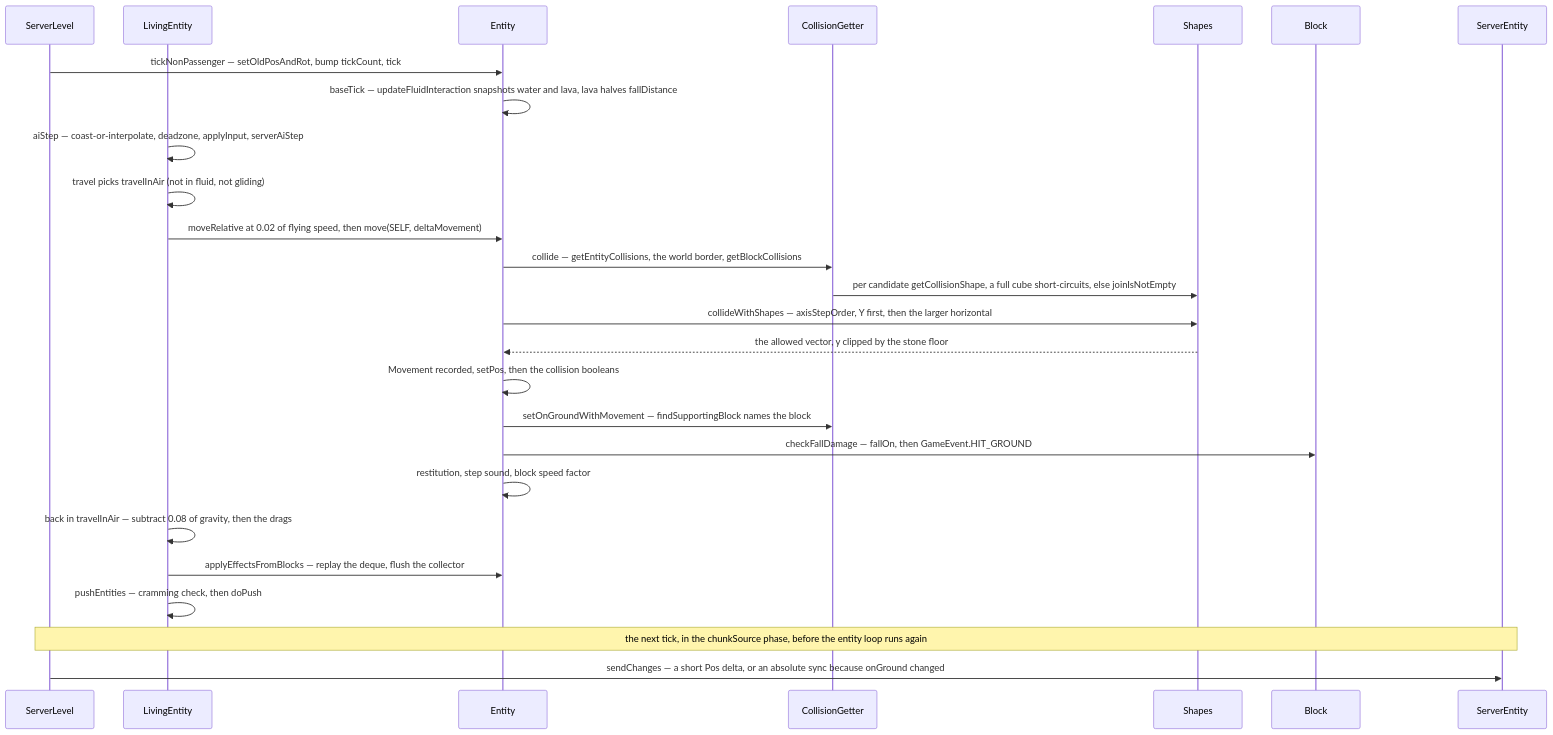
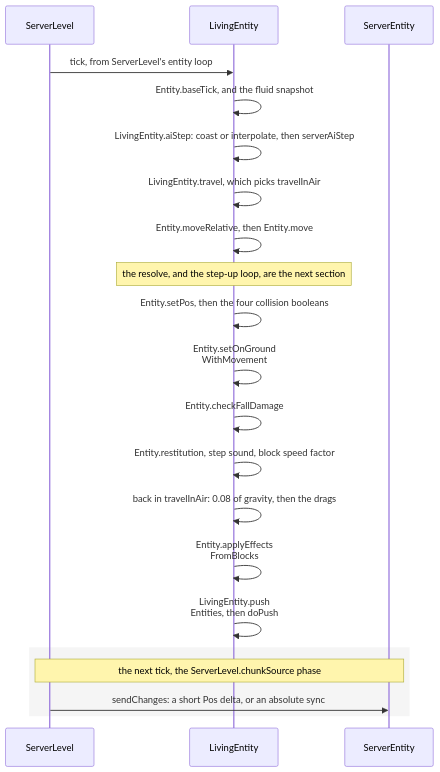
The first of 2 diagrams in src/systems/entities/movement-and-collision.md (AlexanderjFraser/MinecraftDocs), drawn with Mermaid before and after one commit. The commit also changed other lines of this file and 23 other files, not shown here.

````diff
--- a/src/systems/entities/movement-and-collision.md
+++ b/src/systems/entities/movement-and-collision.md
@@ -48,29 +53,24 @@
 ```mermaid
 sequenceDiagram
     participant SL as ServerLevel
     participant LE as LivingEntity
-    participant Entity as Entity
-    participant CG as CollisionGetter
-    participant Shapes as Shapes
-    participant Block as Block
     participant SE as ServerEntity
 
-    SL->>Entity: tickNonPassenger — setOldPosAndRot, bump tickCount, tick
-    Entity->>Entity: baseTick — updateFluidInteraction snapshots water and lava, lava halves fallDistance
-    LE->>LE: aiStep — coast-or-interpolate, deadzone, applyInput, serverAiStep
-    LE->>LE: travel picks travelInAir (not in fluid, not gliding)
-    LE->>Entity: moveRelative at 0.02 of flying speed, then move(SELF, deltaMovement)
-    Entity->>CG: collide — getEntityCollisions, the world border, getBlockCollisions
-    CG->>Shapes: per candidate getCollisionShape, a full cube short-circuits, else joinIsNotEmpty
-    Entity->>Shapes: collideWithShapes — axisStepOrder, Y first, then the larger horizontal
-    Shapes-->>Entity: the allowed vector, y clipped by the stone floor
-    Entity->>Entity: Movement recorded, setPos, then the collision booleans
-    Entity->>CG: setOnGroundWithMovement — findSupportingBlock names the block
-    Entity->>Block: checkFallDamage — fallOn, then GameEvent.HIT_GROUND
-    Entity->>Entity: restitution, step sound, block speed factor
-    LE->>LE: back in travelInAir — subtract 0.08 of gravity, then the drags
-    LE->>Entity: applyEffectsFromBlocks — replay the deque, flush the collector
-    LE->>LE: pushEntities — cramming check, then doPush
-    Note over SL,SE: the next tick, in the chunkSource phase, before the entity loop runs again
-    SL->>SE: sendChanges — a short Pos delta, or an absolute sync because onGround changed
+    SL->>LE: tick, from ServerLevel's entity loop
+    LE->>LE: Entity.baseTick, and the fluid snapshot
+    LE->>LE: LivingEntity.aiStep: coast or interpolate, then serverAiStep
+    LE->>LE: LivingEntity.travel, which picks travelInAir
+    LE->>LE: Entity.moveRelative, then Entity.move
+    Note over LE: the resolve, and the step-up loop, are the next section
+    LE->>LE: Entity.setPos, then the four collision booleans
+    LE->>LE: Entity.setOnGround<br/>WithMovement
+    LE->>LE: Entity.checkFallDamage
+    LE->>LE: Entity.restitution, step sound, block speed factor
+    LE->>LE: back in travelInAir: 0.08 of gravity, then the drags
+    LE->>LE: Entity.applyEffects<br/>FromBlocks
+    LE->>LE: LivingEntity.push<br/>Entities, then doPush
+    rect rgba(0, 0, 0, 0.04)
+    Note over SL,SE: the next tick, the ServerLevel.chunkSource phase
+    SL->>SE: sendChanges: a short Pos delta, or an absolute sync
+    end
 ```
````
